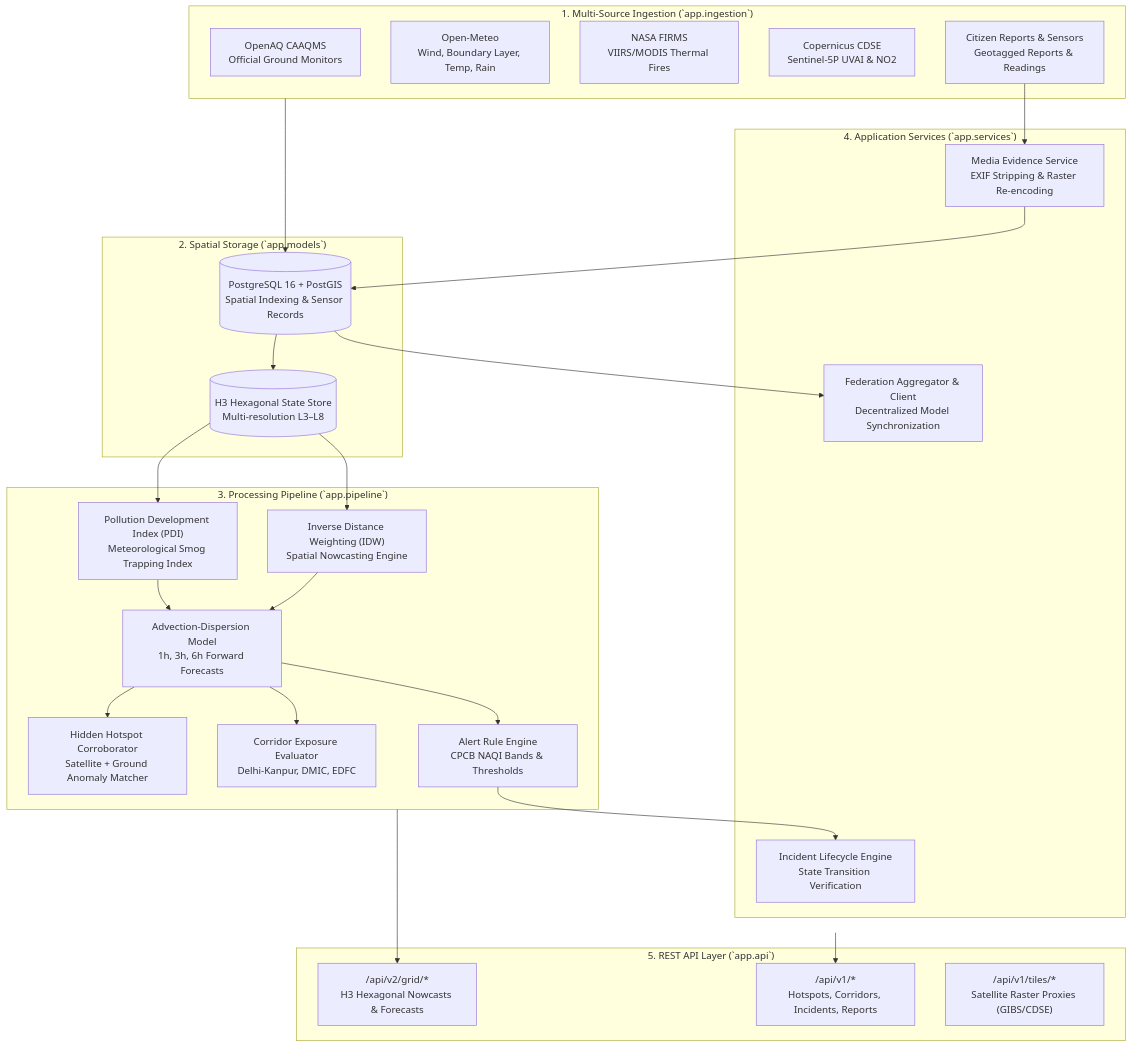
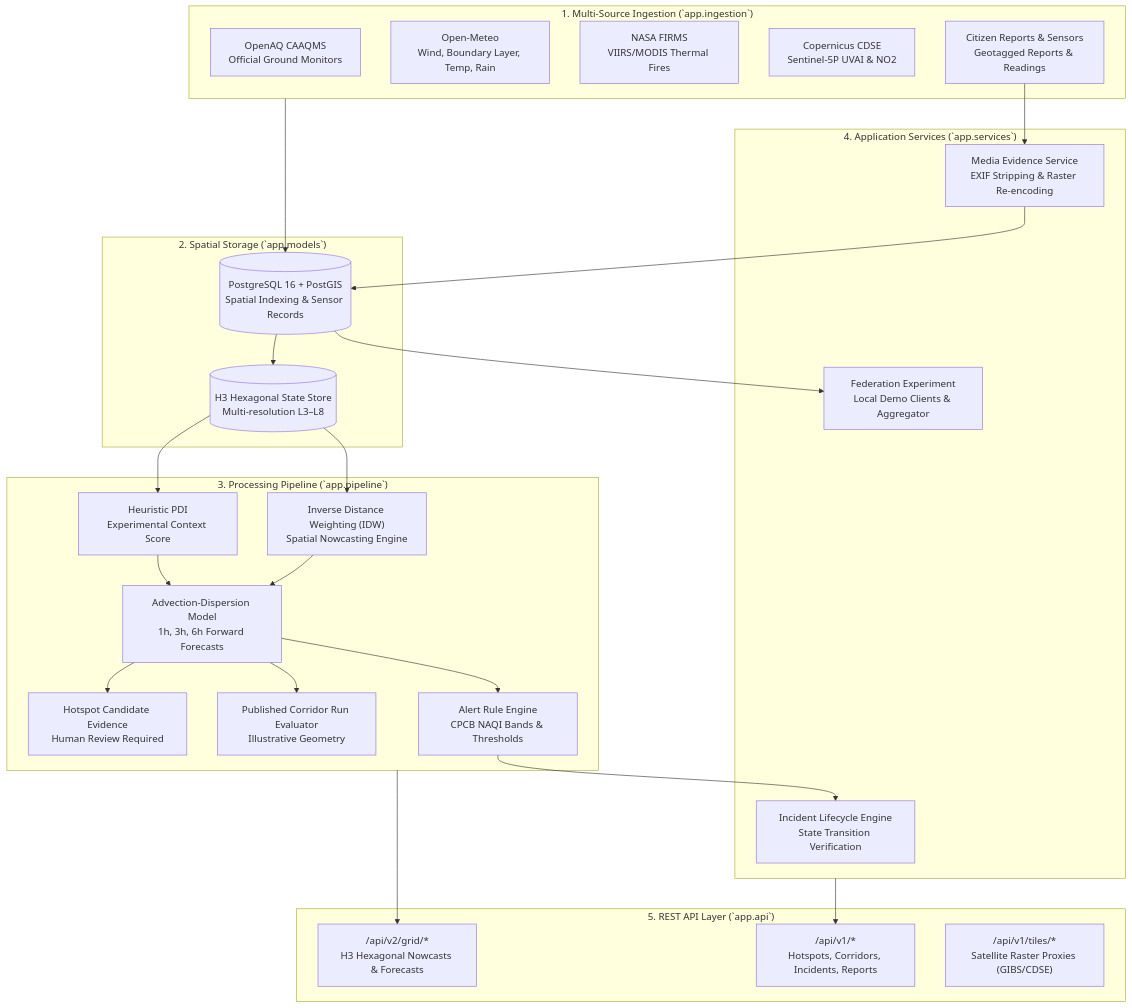
Before and after one commit to Hima-11-works/gdg-c4c: the diagram in backend/README.md, drawn with Mermaid. The commit also changed other lines of this file and 6 other files, not shown here.

````diff
--- a/backend/README.md
+++ b/backend/README.md
@@ -14,52 +14,52 @@
 ```mermaid
 flowchart TB
     subgraph INGESTION["1. Multi-Source Ingestion (`app.ingestion`)"]
         OP["OpenAQ CAAQMS<br/>Official Ground Monitors"]
         MET["Open-Meteo<br/>Wind, Boundary Layer, Temp, Rain"]
         FIR["NASA FIRMS<br/>VIIRS/MODIS Thermal Fires"]
         S5P["Copernicus CDSE<br/>Sentinel-5P UVAI & NO2"]
         CIT["Citizen Reports & Sensors<br/>Geotagged Reports & Readings"]
     end
 
     subgraph STORAGE["2. Spatial Storage (`app.models`)"]
         DB[("PostgreSQL 16 + PostGIS<br/>Spatial Indexing & Sensor Records")]
         GRID[("H3 Hexagonal State Store<br/>Multi-resolution L3–L8")]
     end
 
     subgraph PIPELINE["3. Processing Pipeline (`app.pipeline`)"]
         IDW["Inverse Distance Weighting (IDW)<br/>Spatial Nowcasting Engine"]
-        PDI["Pollution Development Index (PDI)<br/>Meteorological Smog Trapping Index"]
+        PDI["Heuristic PDI<br/>Experimental Context Score"]
         DISP["Advection-Dispersion Model<br/>1h, 3h, 6h Forward Forecasts"]
-        HOT["Hidden Hotspot Corroborator<br/>Satellite + Ground Anomaly Matcher"]
-        CORR["Corridor Exposure Evaluator<br/>Delhi-Kanpur, DMIC, EDFC"]
+        HOT["Hotspot Candidate Evidence<br/>Human Review Required"]
+        CORR["Published Corridor Run Evaluator<br/>Illustrative Geometry"]
         ALRT["Alert Rule Engine<br/>CPCB NAQI Bands & Thresholds"]
     end
 
     subgraph SERVICES["4. Application Services (`app.services`)"]
         INC["Incident Lifecycle Engine<br/>State Transition Verification"]
         MED["Media Evidence Service<br/>EXIF Stripping & Raster Re-encoding"]
-        FED["Federation Aggregator & Client<br/>Decentralized Model Synchronization"]
+        FED["Federation Experiment<br/>Local Demo Clients & Aggregator"]
     end
 
     subgraph API["5. REST API Layer (`app.api`)"]
         V2["/api/v2/grid/*<br/>H3 Hexagonal Nowcasts & Forecasts"]
         V1["/api/v1/*<br/>Hotspots, Corridors, Incidents, Reports"]
         PROXY["/api/v1/tiles/*<br/>Satellite Raster Proxies (GIBS/CDSE)"]
     end
 
     INGESTION --> DB
     DB --> GRID
     GRID --> IDW
     GRID --> PDI
     IDW --> DISP
     PDI --> DISP
     DISP --> HOT
     DISP --> CORR
     DISP --> ALRT
     ALRT --> INC
     CIT --> MED
     MED --> DB
     PIPELINE --> V2
     SERVICES --> V1
     DB --> FED
 ```
````
